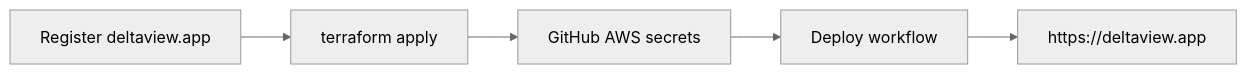
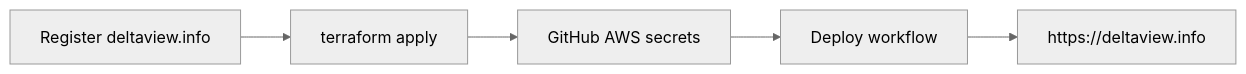
One commit to n-pawlawski/LapViewer changed the diagram in docs/DELTAVIEW_AWS_SETUP.md. Above: the diagram before and after it, drawn with Mermaid (neutral theme). The commit also changed other lines of this file and 9 other files, not shown here.

First line of the commit message:
Switch production domain default to deltaview.info.

````diff
--- a/docs/DELTAVIEW_AWS_SETUP.md
+++ b/docs/DELTAVIEW_AWS_SETUP.md
@@ -11,7 +11,7 @@
 ```mermaid
 flowchart LR
-  A[Register deltaview.app] --> B[terraform apply]
+  A[Register deltaview.info] --> B[terraform apply]
   B --> C[GitHub AWS secrets]
   C --> D[Deploy workflow]
-  D --> E[https://deltaview.app]
+  D --> E[https://deltaview.info]
 ```
````
